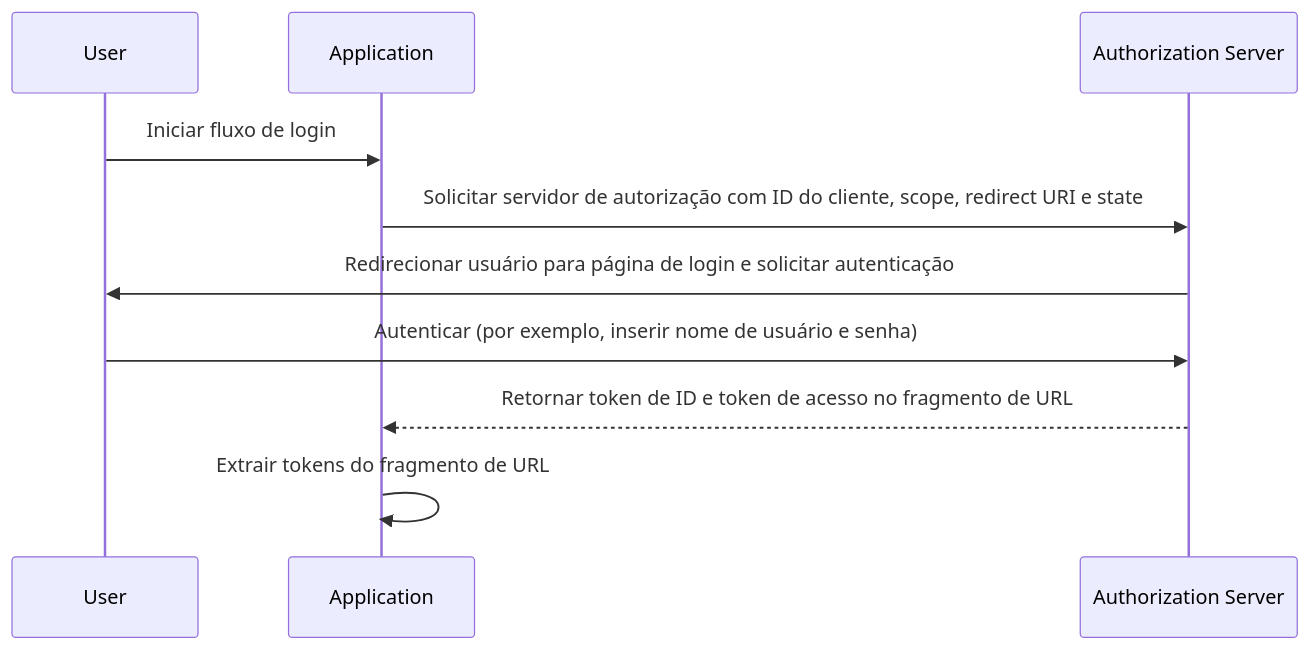
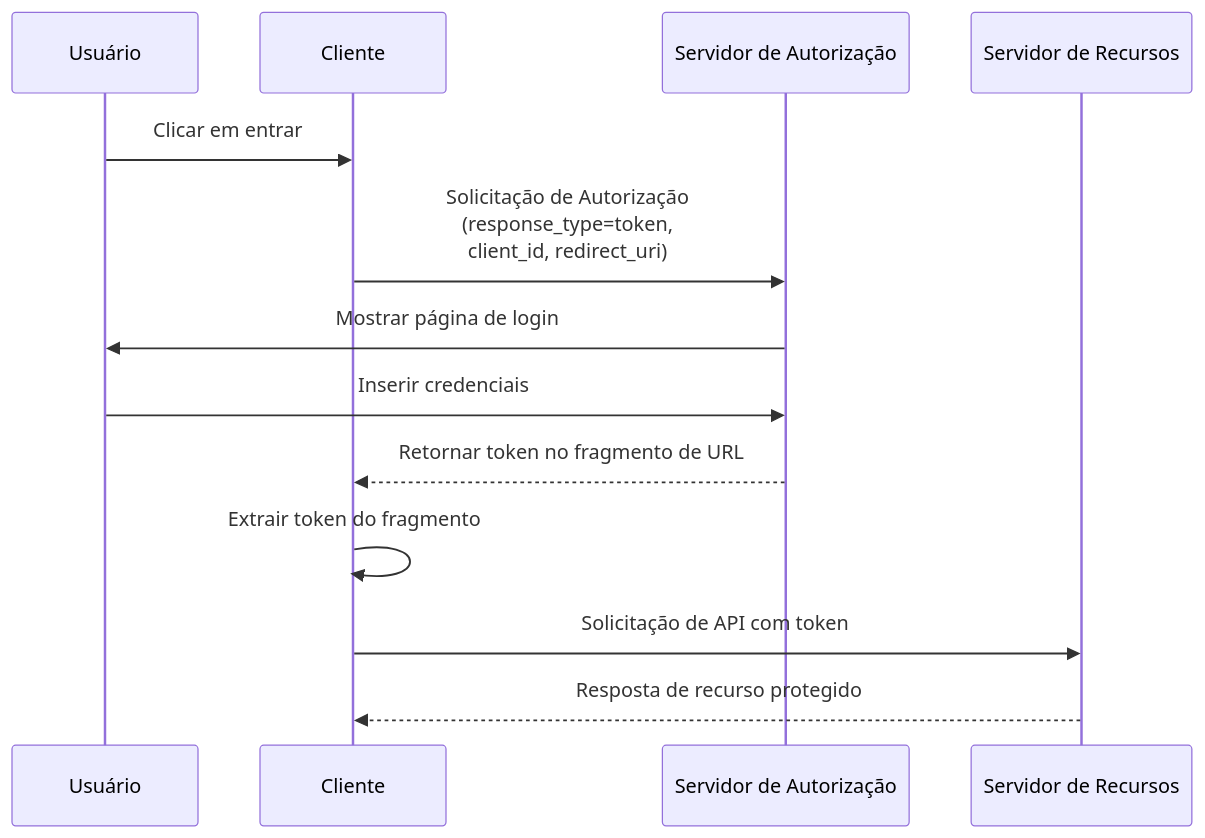
Before and after one commit to logto-io/auth-wiki: the diagram in src/content/terms/pt-br/implicit-flow.mdx, drawn with Mermaid. The commit also changed other lines of this file and 95 other files, not shown here.

````diff
--- a/src/content/terms/pt-br/implicit-flow.mdx
+++ b/src/content/terms/pt-br/implicit-flow.mdx
@@ -20,12 +19,16 @@
 ```mermaid
 sequenceDiagram
-participant User
-participant Application
-participant Authorization Server
-User->>Application: Iniciar fluxo de login
-Application->>Authorization Server: Solicitar servidor de autorização com ID do cliente, scope, redirect URI e state
-Authorization Server->>User: Redirecionar usuário para página de login e solicitar autenticação
-User->>Authorization Server: Autenticar (por exemplo, inserir nome de usuário e senha)
-Authorization Server -->>Application: Retornar token de ID e token de acesso no fragmento de URL
-Application->>Application: Extrair tokens do fragmento de URL
+  participant U as Usuário
+  participant C as Cliente
+  participant AS as Servidor de Autorização
+  participant RS as Servidor de Recursos
+
+  U->>C: Clicar em entrar
+  C->>AS: Solicitação de Autorização<br/>(response_type=token,<br/>client_id, redirect_uri)
+  AS->>U: Mostrar página de login
+  U->>AS: Inserir credenciais
+  AS-->>C: Retornar token no fragmento de URL
+  C->>C: Extrair token do fragmento
+  C->>RS: Solicitação de API com token
+  RS-->>C: Resposta de recurso protegido
 ```
````
